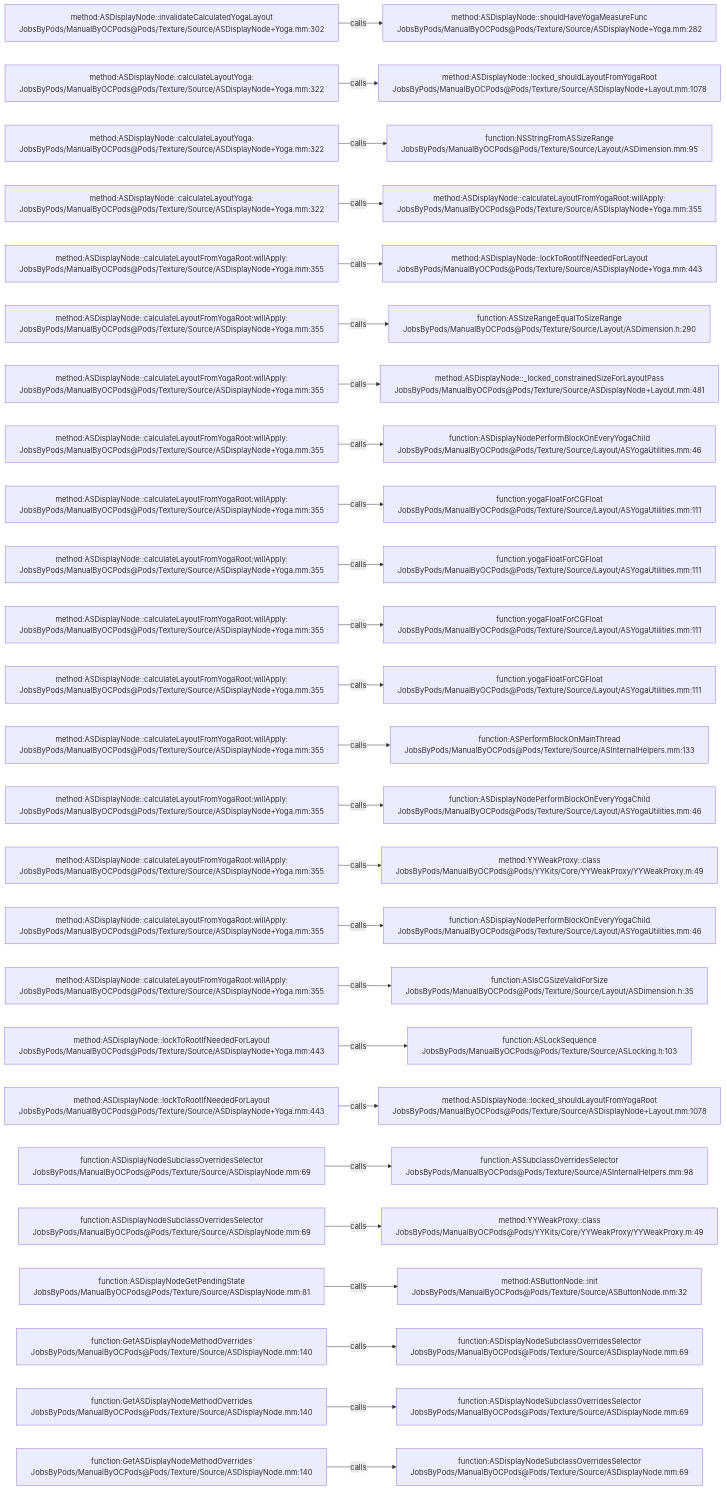
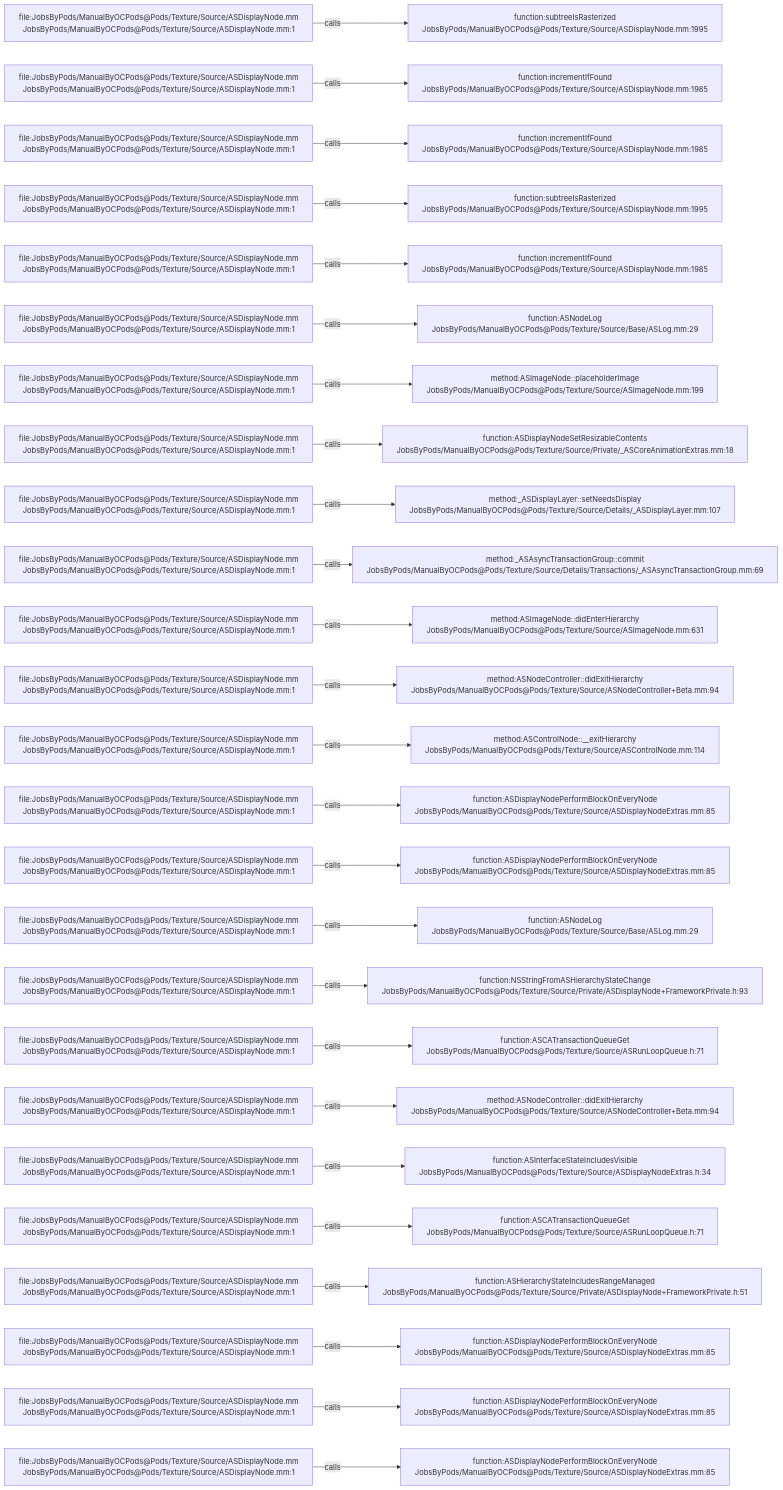
Before and after one commit to JobsKits/JobsOCBaseConfigDemo: the diagram in .codegraph/codegraph.md/graphs/calls-087.md, drawn with Mermaid. The commit also changed 2723 other files, not shown here.

````diff
--- a/.codegraph/codegraph.md/graphs/calls-087.md
+++ b/.codegraph/codegraph.md/graphs/calls-087.md
@@ -13,78 +13,78 @@
 ```mermaid
 flowchart LR
-  S1["method:ASDisplayNode::invalidateCalculatedYogaLayout<br/>JobsByPods/ManualByOCPods@Pods/Texture/Source/ASDisplayNode+Yoga.mm:302"]
-  T1["method:ASDisplayNode::shouldHaveYogaMeasureFunc<br/>JobsByPods/ManualByOCPods@Pods/Texture/Source/ASDisplayNode+Yoga.mm:282"]
+  S1["file:JobsByPods/ManualByOCPods@Pods/Texture/Source/ASDisplayNode.mm<br/>JobsByPods/ManualByOCPods@Pods/Texture/Source/ASDisplayNode.mm:1"]
+  T1["function:subtreeIsRasterized<br/>JobsByPods/ManualByOCPods@Pods/Texture/Source/ASDisplayNode.mm:1995"]
   S1 -->|calls| T1
-  S2["method:ASDisplayNode::calculateLayoutYoga:<br/>JobsByPods/ManualByOCPods@Pods/Texture/Source/ASDisplayNode+Yoga.mm:322"]
-  T2["method:ASDisplayNode::locked_shouldLayoutFromYogaRoot<br/>JobsByPods/ManualByOCPods@Pods/Texture/Source/ASDisplayNode+Layout.mm:1078"]
+  S2["file:JobsByPods/ManualByOCPods@Pods/Texture/Source/ASDisplayNode.mm<br/>JobsByPods/ManualByOCPods@Pods/Texture/Source/ASDisplayNode.mm:1"]
+  T2["function:incrementIfFound<br/>JobsByPods/ManualByOCPods@Pods/Texture/Source/ASDisplayNode.mm:1985"]
   S2 -->|calls| T2
-  S3["method:ASDisplayNode::calculateLayoutYoga:<br/>JobsByPods/ManualByOCPods@Pods/Texture/Source/ASDisplayNode+Yoga.mm:322"]
-  T3["function:NSStringFromASSizeRange<br/>JobsByPods/ManualByOCPods@Pods/Texture/Source/Layout/ASDimension.mm:95"]
+  S3["file:JobsByPods/ManualByOCPods@Pods/Texture/Source/ASDisplayNode.mm<br/>JobsByPods/ManualByOCPods@Pods/Texture/Source/ASDisplayNode.mm:1"]
+  T3["function:incrementIfFound<br/>JobsByPods/ManualByOCPods@Pods/Texture/Source/ASDisplayNode.mm:1985"]
   S3 -->|calls| T3
-  S4["method:ASDisplayNode::calculateLayoutYoga:<br/>JobsByPods/ManualByOCPods@Pods/Texture/Source/ASDisplayNode+Yoga.mm:322"]
-  T4["method:ASDisplayNode::calculateLayoutFromYogaRoot:willApply:<br/>JobsByPods/ManualByOCPods@Pods/Texture/Source/ASDisplayNode+Yoga.mm:355"]
+  S4["file:JobsByPods/ManualByOCPods@Pods/Texture/Source/ASDisplayNode.mm<br/>JobsByPods/ManualByOCPods@Pods/Texture/Source/ASDisplayNode.mm:1"]
+  T4["function:subtreeIsRasterized<br/>JobsByPods/ManualByOCPods@Pods/Texture/Source/ASDisplayNode.mm:1995"]
   S4 -->|calls| T4
-  S5["method:ASDisplayNode::calculateLayoutFromYogaRoot:willApply:<br/>JobsByPods/ManualByOCPods@Pods/Texture/Source/ASDisplayNode+Yoga.mm:355"]
-  T5["method:ASDisplayNode::lockToRootIfNeededForLayout<br/>JobsByPods/ManualByOCPods@Pods/Texture/Source/ASDisplayNode+Yoga.mm:443"]
+  S5["file:JobsByPods/ManualByOCPods@Pods/Texture/Source/ASDisplayNode.mm<br/>JobsByPods/ManualByOCPods@Pods/Texture/Source/ASDisplayNode.mm:1"]
+  T5["function:incrementIfFound<br/>JobsByPods/ManualByOCPods@Pods/Texture/Source/ASDisplayNode.mm:1985"]
   S5 -->|calls| T5
-  S6["method:ASDisplayNode::calculateLayoutFromYogaRoot:willApply:<br/>JobsByPods/ManualByOCPods@Pods/Texture/Source/ASDisplayNode+Yoga.mm:355"]
-  T6["function:ASSizeRangeEqualToSizeRange<br/>JobsByPods/ManualByOCPods@Pods/Texture/Source/Layout/ASDimension.h:290"]
+  S6["file:JobsByPods/ManualByOCPods@Pods/Texture/Source/ASDisplayNode.mm<br/>JobsByPods/ManualByOCPods@Pods/Texture/Source/ASDisplayNode.mm:1"]
+  T6["function:ASNodeLog<br/>JobsByPods/ManualByOCPods@Pods/Texture/Source/Base/ASLog.mm:29"]
   S6 -->|calls| T6
-  S7["method:ASDisplayNode::calculateLayoutFromYogaRoot:willApply:<br/>JobsByPods/ManualByOCPods@Pods/Texture/Source/ASDisplayNode+Yoga.mm:355"]
-  T7["method:ASDisplayNode::_locked_constrainedSizeForLayoutPass<br/>JobsByPods/ManualByOCPods@Pods/Texture/Source/ASDisplayNode+Layout.mm:481"]
+  S7["file:JobsByPods/ManualByOCPods@Pods/Texture/Source/ASDisplayNode.mm<br/>JobsByPods/ManualByOCPods@Pods/Texture/Source/ASDisplayNode.mm:1"]
+  T7["method:ASImageNode::placeholderImage<br/>JobsByPods/ManualByOCPods@Pods/Texture/Source/ASImageNode.mm:199"]
   S7 -->|calls| T7
-  S8["method:ASDisplayNode::calculateLayoutFromYogaRoot:willApply:<br/>JobsByPods/ManualByOCPods@Pods/Texture/Source/ASDisplayNode+Yoga.mm:355"]
-  T8["function:ASDisplayNodePerformBlockOnEveryYogaChild<br/>JobsByPods/ManualByOCPods@Pods/Texture/Source/Layout/ASYogaUtilities.mm:46"]
+  S8["file:JobsByPods/ManualByOCPods@Pods/Texture/Source/ASDisplayNode.mm<br/>JobsByPods/ManualByOCPods@Pods/Texture/Source/ASDisplayNode.mm:1"]
+  T8["function:ASDisplayNodeSetResizableContents<br/>JobsByPods/ManualByOCPods@Pods/Texture/Source/Private/_ASCoreAnimationExtras.mm:18"]
   S8 -->|calls| T8
-  S9["method:ASDisplayNode::calculateLayoutFromYogaRoot:willApply:<br/>JobsByPods/ManualByOCPods@Pods/Texture/Source/ASDisplayNode+Yoga.mm:355"]
-  T9["function:yogaFloatForCGFloat<br/>JobsByPods/ManualByOCPods@Pods/Texture/Source/Layout/ASYogaUtilities.mm:111"]
+  S9["file:JobsByPods/ManualByOCPods@Pods/Texture/Source/ASDisplayNode.mm<br/>JobsByPods/ManualByOCPods@Pods/Texture/Source/ASDisplayNode.mm:1"]
+  T9["method:_ASDisplayLayer::setNeedsDisplay<br/>JobsByPods/ManualByOCPods@Pods/Texture/Source/Details/_ASDisplayLayer.mm:107"]
   S9 -->|calls| T9
-  S10["method:ASDisplayNode::calculateLayoutFromYogaRoot:willApply:<br/>JobsByPods/ManualByOCPods@Pods/Texture/Source/ASDisplayNode+Yoga.mm:355"]
-  T10["function:yogaFloatForCGFloat<br/>JobsByPods/ManualByOCPods@Pods/Texture/Source/Layout/ASYogaUtilities.mm:111"]
+  S10["file:JobsByPods/ManualByOCPods@Pods/Texture/Source/ASDisplayNode.mm<br/>JobsByPods/ManualByOCPods@Pods/Texture/Source/ASDisplayNode.mm:1"]
+  T10["method:_ASAsyncTransactionGroup::commit<br/>JobsByPods/ManualByOCPods@Pods/Texture/Source/Details/Transactions/_ASAsyncTransactionGroup.mm:69"]
   S10 -->|calls| T10
-  S11["method:ASDisplayNode::calculateLayoutFromYogaRoot:willApply:<br/>JobsByPods/ManualByOCPods@Pods/Texture/Source/ASDisplayNode+Yoga.mm:355"]
-  T11["function:yogaFloatForCGFloat<br/>JobsByPods/ManualByOCPods@Pods/Texture/Source/Layout/ASYogaUtilities.mm:111"]
+  S11["file:JobsByPods/ManualByOCPods@Pods/Texture/Source/ASDisplayNode.mm<br/>JobsByPods/ManualByOCPods@Pods/Texture/Source/ASDisplayNode.mm:1"]
+  T11["method:ASImageNode::didEnterHierarchy<br/>JobsByPods/ManualByOCPods@Pods/Texture/Source/ASImageNode.mm:631"]
   S11 -->|calls| T11
-  S12["method:ASDisplayNode::calculateLayoutFromYogaRoot:willApply:<br/>JobsByPods/ManualByOCPods@Pods/Texture/Source/ASDisplayNode+Yoga.mm:355"]
-  T12["function:yogaFloatForCGFloat<br/>JobsByPods/ManualByOCPods@Pods/Texture/Source/Layout/ASYogaUtilities.mm:111"]
+  S12["file:JobsByPods/ManualByOCPods@Pods/Texture/Source/ASDisplayNode.mm<br/>JobsByPods/ManualByOCPods@Pods/Texture/Source/ASDisplayNode.mm:1"]
+  T12["method:ASNodeController::didExitHierarchy<br/>JobsByPods/ManualByOCPods@Pods/Texture/Source/ASNodeController+Beta.mm:94"]
   S12 -->|calls| T12
-  S13["method:ASDisplayNode::calculateLayoutFromYogaRoot:willApply:<br/>JobsByPods/ManualByOCPods@Pods/Texture/Source/ASDisplayNode+Yoga.mm:355"]
-  T13["function:ASPerformBlockOnMainThread<br/>JobsByPods/ManualByOCPods@Pods/Texture/Source/ASInternalHelpers.mm:133"]
+  S13["file:JobsByPods/ManualByOCPods@Pods/Texture/Source/ASDisplayNode.mm<br/>JobsByPods/ManualByOCPods@Pods/Texture/Source/ASDisplayNode.mm:1"]
+  T13["method:ASControlNode::__exitHierarchy<br/>JobsByPods/ManualByOCPods@Pods/Texture/Source/ASControlNode.mm:114"]
   S13 -->|calls| T13
-  S14["method:ASDisplayNode::calculateLayoutFromYogaRoot:willApply:<br/>JobsByPods/ManualByOCPods@Pods/Texture/Source/ASDisplayNode+Yoga.mm:355"]
-  T14["function:ASDisplayNodePerformBlockOnEveryYogaChild<br/>JobsByPods/ManualByOCPods@Pods/Texture/Source/Layout/ASYogaUtilities.mm:46"]
+  S14["file:JobsByPods/ManualByOCPods@Pods/Texture/Source/ASDisplayNode.mm<br/>JobsByPods/ManualByOCPods@Pods/Texture/Source/ASDisplayNode.mm:1"]
+  T14["function:ASDisplayNodePerformBlockOnEveryNode<br/>JobsByPods/ManualByOCPods@Pods/Texture/Source/ASDisplayNodeExtras.mm:85"]
   S14 -->|calls| T14
-  S15["method:ASDisplayNode::calculateLayoutFromYogaRoot:willApply:<br/>JobsByPods/ManualByOCPods@Pods/Texture/Source/ASDisplayNode+Yoga.mm:355"]
-  T15["method:YYWeakProxy::class<br/>JobsByPods/ManualByOCPods@Pods/YYKits/Core/YYWeakProxy/YYWeakProxy.m:49"]
+  S15["file:JobsByPods/ManualByOCPods@Pods/Texture/Source/ASDisplayNode.mm<br/>JobsByPods/ManualByOCPods@Pods/Texture/Source/ASDisplayNode.mm:1"]
+  T15["function:ASDisplayNodePerformBlockOnEveryNode<br/>JobsByPods/ManualByOCPods@Pods/Texture/Source/ASDisplayNodeExtras.mm:85"]
   S15 -->|calls| T15
-  S16["method:ASDisplayNode::calculateLayoutFromYogaRoot:willApply:<br/>JobsByPods/ManualByOCPods@Pods/Texture/Source/ASDisplayNode+Yoga.mm:355"]
-  T16["function:ASDisplayNodePerformBlockOnEveryYogaChild<br/>JobsByPods/ManualByOCPods@Pods/Texture/Source/Layout/ASYogaUtilities.mm:46"]
+  S16["file:JobsByPods/ManualByOCPods@Pods/Texture/Source/ASDisplayNode.mm<br/>JobsByPods/ManualByOCPods@Pods/Texture/Source/ASDisplayNode.mm:1"]
+  T16["function:ASNodeLog<br/>JobsByPods/ManualByOCPods@Pods/Texture/Source/Base/ASLog.mm:29"]
   S16 -->|calls| T16
-  S17["method:ASDisplayNode::calculateLayoutFromYogaRoot:willApply:<br/>JobsByPods/ManualByOCPods@Pods/Texture/Source/ASDisplayNode+Yoga.mm:355"]
-  T17["function:ASIsCGSizeValidForSize<br/>JobsByPods/ManualByOCPods@Pods/Texture/Source/Layout/ASDimension.h:35"]
+  S17["file:JobsByPods/ManualByOCPods@Pods/Texture/Source/ASDisplayNode.mm<br/>JobsByPods/ManualByOCPods@Pods/Texture/Source/ASDisplayNode.mm:1"]
+  T17["function:NSStringFromASHierarchyStateChange<br/>JobsByPods/ManualByOCPods@Pods/Texture/Source/Private/ASDisplayNode+FrameworkPrivate.h:93"]
   S17 -->|calls| T17
-  S18["method:ASDisplayNode::lockToRootIfNeededForLayout<br/>JobsByPods/ManualByOCPods@Pods/Texture/Source/ASDisplayNode+Yoga.mm:443"]
-  T18["function:ASLockSequence<br/>JobsByPods/ManualByOCPods@Pods/Texture/Source/ASLocking.h:103"]
+  S18["file:JobsByPods/ManualByOCPods@Pods/Texture/Source/ASDisplayNode.mm<br/>JobsByPods/ManualByOCPods@Pods/Texture/Source/ASDisplayNode.mm:1"]
+  T18["function:ASCATransactionQueueGet<br/>JobsByPods/ManualByOCPods@Pods/Texture/Source/ASRunLoopQueue.h:71"]
   S18 -->|calls| T18
-  S19["method:ASDisplayNode::lockToRootIfNeededForLayout<br/>JobsByPods/ManualByOCPods@Pods/Texture/Source/ASDisplayNode+Yoga.mm:443"]
-  T19["method:ASDisplayNode::locked_shouldLayoutFromYogaRoot<br/>JobsByPods/ManualByOCPods@Pods/Texture/Source/ASDisplayNode+Layout.mm:1078"]
+  S19["file:JobsByPods/ManualByOCPods@Pods/Texture/Source/ASDisplayNode.mm<br/>JobsByPods/ManualByOCPods@Pods/Texture/Source/ASDisplayNode.mm:1"]
+  T19["method:ASNodeController::didExitHierarchy<br/>JobsByPods/ManualByOCPods@Pods/Texture/Source/ASNodeController+Beta.mm:94"]
   S19 -->|calls| T19
-  S20["function:ASDisplayNodeSubclassOverridesSelector<br/>JobsByPods/ManualByOCPods@Pods/Texture/Source/ASDisplayNode.mm:69"]
-  T20["function:ASSubclassOverridesSelector<br/>JobsByPods/ManualByOCPods@Pods/Texture/Source/ASInternalHelpers.mm:98"]
+  S20["file:JobsByPods/ManualByOCPods@Pods/Texture/Source/ASDisplayNode.mm<br/>JobsByPods/ManualByOCPods@Pods/Texture/Source/ASDisplayNode.mm:1"]
+  T20["function:ASInterfaceStateIncludesVisible<br/>JobsByPods/ManualByOCPods@Pods/Texture/Source/ASDisplayNodeExtras.h:34"]
   S20 -->|calls| T20
-  S21["function:ASDisplayNodeSubclassOverridesSelector<br/>JobsByPods/ManualByOCPods@Pods/Texture/Source/ASDisplayNode.mm:69"]
-  T21["method:YYWeakProxy::class<br/>JobsByPods/ManualByOCPods@Pods/YYKits/Core/YYWeakProxy/YYWeakProxy.m:49"]
+  S21["file:JobsByPods/ManualByOCPods@Pods/Texture/Source/ASDisplayNode.mm<br/>JobsByPods/ManualByOCPods@Pods/Texture/Source/ASDisplayNode.mm:1"]
+  T21["function:ASCATransactionQueueGet<br/>JobsByPods/ManualByOCPods@Pods/Texture/Source/ASRunLoopQueue.h:71"]
   S21 -->|calls| T21
-  S22["function:ASDisplayNodeGetPendingState<br/>JobsByPods/ManualByOCPods@Pods/Texture/Source/ASDisplayNode.mm:81"]
-  T22["method:ASButtonNode::init<br/>JobsByPods/ManualByOCPods@Pods/Texture/Source/ASButtonNode.mm:32"]
+  S22["file:JobsByPods/ManualByOCPods@Pods/Texture/Source/ASDisplayNode.mm<br/>JobsByPods/ManualByOCPods@Pods/Texture/Source/ASDisplayNode.mm:1"]
+  T22["function:ASHierarchyStateIncludesRangeManaged<br/>JobsByPods/ManualByOCPods@Pods/Texture/Source/Private/ASDisplayNode+FrameworkPrivate.h:51"]
   S22 -->|calls| T22
-  S23["function:GetASDisplayNodeMethodOverrides<br/>JobsByPods/ManualByOCPods@Pods/Texture/Source/ASDisplayNode.mm:140"]
-  T23["function:ASDisplayNodeSubclassOverridesSelector<br/>JobsByPods/ManualByOCPods@Pods/Texture/Source/ASDisplayNode.mm:69"]
+  S23["file:JobsByPods/ManualByOCPods@Pods/Texture/Source/ASDisplayNode.mm<br/>JobsByPods/ManualByOCPods@Pods/Texture/Source/ASDisplayNode.mm:1"]
+  T23["function:ASDisplayNodePerformBlockOnEveryNode<br/>JobsByPods/ManualByOCPods@Pods/Texture/Source/ASDisplayNodeExtras.mm:85"]
   S23 -->|calls| T23
-  S24["function:GetASDisplayNodeMethodOverrides<br/>JobsByPods/ManualByOCPods@Pods/Texture/Source/ASDisplayNode.mm:140"]
-  T24["function:ASDisplayNodeSubclassOverridesSelector<br/>JobsByPods/ManualByOCPods@Pods/Texture/Source/ASDisplayNode.mm:69"]
+  S24["file:JobsByPods/ManualByOCPods@Pods/Texture/Source/ASDisplayNode.mm<br/>JobsByPods/ManualByOCPods@Pods/Texture/Source/ASDisplayNode.mm:1"]
+  T24["function:ASDisplayNodePerformBlockOnEveryNode<br/>JobsByPods/ManualByOCPods@Pods/Texture/Source/ASDisplayNodeExtras.mm:85"]
   S24 -->|calls| T24
-  S25["function:GetASDisplayNodeMethodOverrides<br/>JobsByPods/ManualByOCPods@Pods/Texture/Source/ASDisplayNode.mm:140"]
-  T25["function:ASDisplayNodeSubclassOverridesSelector<br/>JobsByPods/ManualByOCPods@Pods/Texture/Source/ASDisplayNode.mm:69"]
+  S25["file:JobsByPods/ManualByOCPods@Pods/Texture/Source/ASDisplayNode.mm<br/>JobsByPods/ManualByOCPods@Pods/Texture/Source/ASDisplayNode.mm:1"]
+  T25["function:ASDisplayNodePerformBlockOnEveryNode<br/>JobsByPods/ManualByOCPods@Pods/Texture/Source/ASDisplayNodeExtras.mm:85"]
   S25 -->|calls| T25
 ```
````
